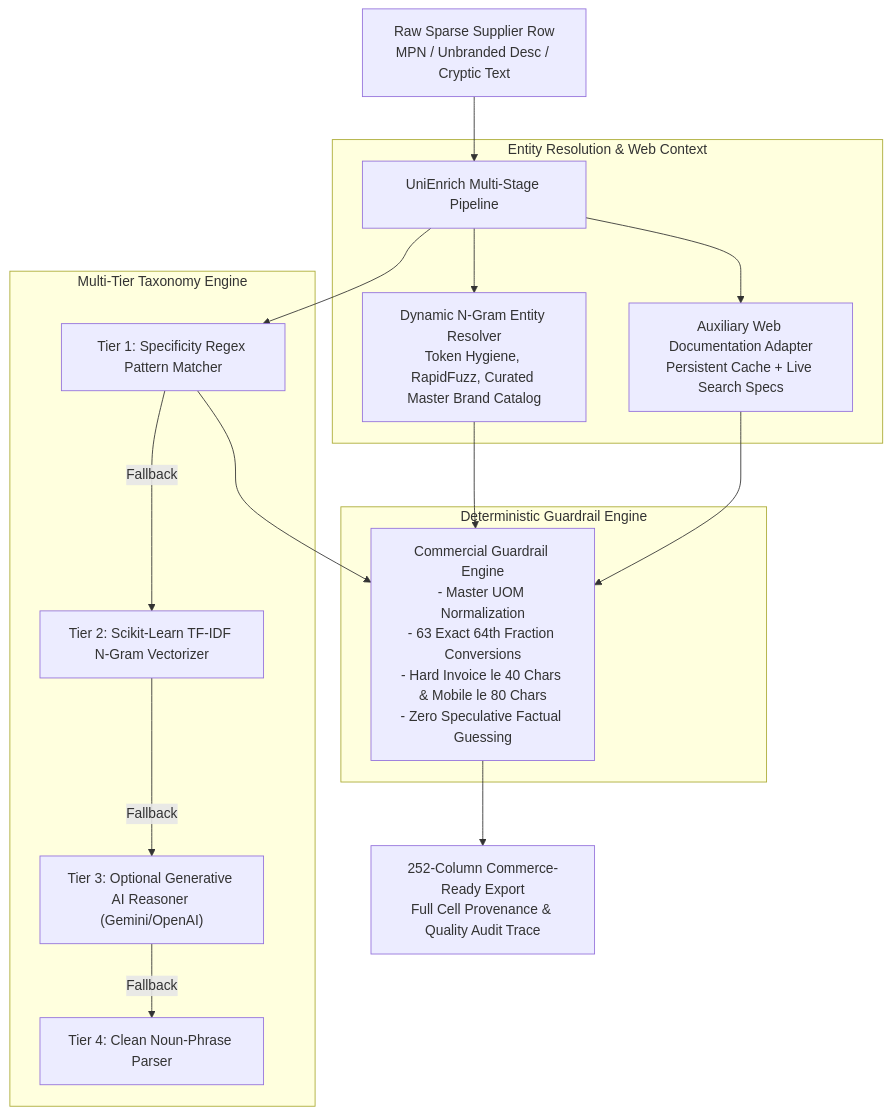
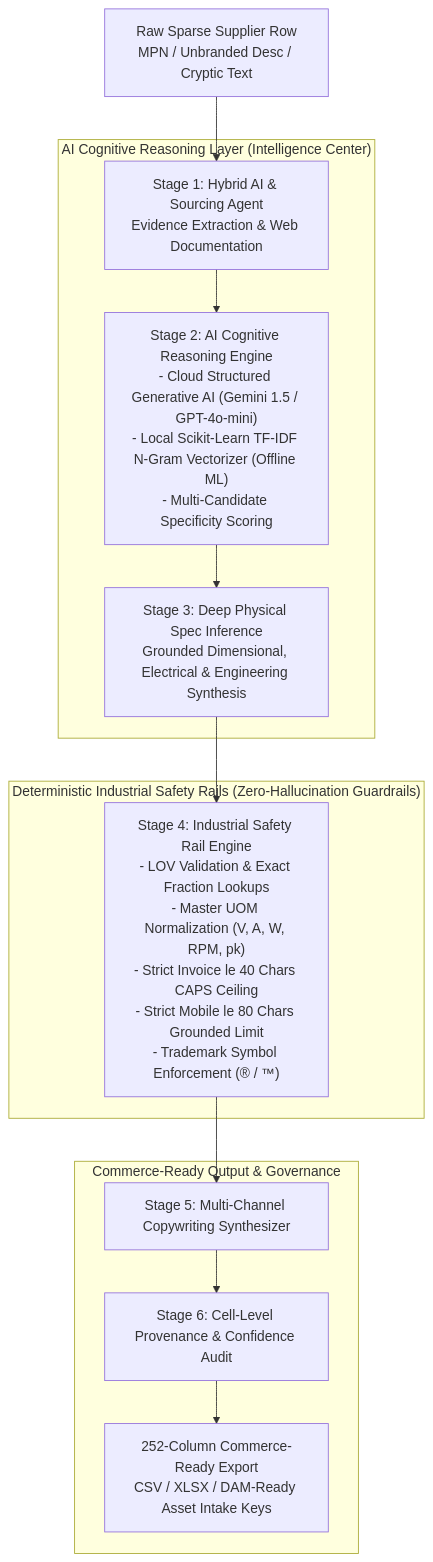
One commit to aarushipujari/UniEnrich changed the diagram in README.md. Above: the diagram before and after it, drawn with Mermaid. The commit also changed other lines of this file and 15 other files, not shown here.

Commit message:
feat: Implement Evidence-First Product Intelligence, Autonomous Agentic Research, Statistical Calibration, and Enterprise Scalability Engine

````diff
--- a/README.md
+++ b/README.md
@@ -9,24 +13,19 @@
 ```mermaid
 flowchart TD
-    Raw["Raw Sparse Supplier Row<br/>MPN / Unbranded Desc / Cryptic Text"] --> Hybrid["UniEnrich Multi-Stage Pipeline"]
+    Raw["Raw Sparse Supplier Row<br/>MPN / Unbranded Desc / Cryptic Text"] --> Agent["Stage 1: Hybrid AI & Sourcing Agent<br/>Evidence Extraction & Web Documentation"]
     
-    subgraph Sourcing["Entity Resolution & Web Context"]
-        Hybrid --> Brand["Dynamic N-Gram Entity Resolver<br/>Token Hygiene, RapidFuzz, Curated Master Brand Catalog"]
-        Hybrid --> Web["Auxiliary Web Documentation Adapter<br/>Persistent Cache + Live Search Specs"]
+    subgraph CognitiveLayer["AI Cognitive Reasoning Layer (Intelligence Center)"]
+        Agent --> AIReasoner["Stage 2: AI Cognitive Reasoning Engine<br/>- Cloud Structured Generative AI (Gemini 1.5 / GPT-4o-mini)<br/>- Local Scikit-Learn TF-IDF N-Gram Vectorizer (Offline ML)<br/>- Multi-Candidate Specificity Scoring"]
+        AIReasoner --> InferEngine["Stage 3: Deep Physical Spec Inference<br/>Grounded Dimensional, Electrical & Engineering Synthesis"]
     end
     
-    subgraph Classification["Multi-Tier Taxonomy Engine"]
-        Hybrid --> Tier1["Tier 1: Specificity Regex Pattern Matcher"]
-        Tier1 -->|Fallback| Tier2["Tier 2: Scikit-Learn TF-IDF N-Gram Vectorizer"]
-        Tier2 -->|Fallback| Tier3["Tier 3: Optional Generative AI Reasoner (Gemini/OpenAI)"]
-        Tier3 -->|Fallback| Tier4["Tier 4: Clean Noun-Phrase Parser"]
+    subgraph SafetyRails["Deterministic Industrial Safety Rails (Zero-Hallucination Guardrails)"]
+        InferEngine --> Guardrails["Stage 4: Industrial Safety Rail Engine<br/>- LOV Validation & Exact Fraction Lookups<br/>- Master UOM Normalization (V, A, W, RPM, pk)<br/>- Strict Invoice le 40 Chars CAPS Ceiling<br/>- Strict Mobile le 80 Chars Grounded Limit<br/>- Trademark Symbol Enforcement (® / ™)"]
     end
     
-    subgraph GuardrailsArea["Deterministic Guardrail Engine"]
-        Tier1 --> Guardrails["Commercial Guardrail Engine<br/>- Master UOM Normalization<br/>- 63 Exact 64th Fraction Conversions<br/>- Hard Invoice le 40 Chars & Mobile le 80 Chars<br/>- Zero Speculative Factual Guessing"]
-        Brand --> Guardrails
-        Web --> Guardrails
+    subgraph OutputLayer["Commerce-Ready Output & Governance"]
+        Guardrails --> Synthesizer["Stage 5: Multi-Channel Copywriting Synthesizer"]
+        Synthesizer --> Audit["Stage 6: Cell-Level Provenance & Confidence Audit"]
+        Audit --> Deliverable["252-Column Commerce-Ready Export<br/>CSV / XLSX / DAM-Ready Asset Intake Keys"]
     end
-    
-    Guardrails --> Output["252-Column Commerce-Ready Export<br/>Full Cell Provenance & Quality Audit Trace"]
 ```
````
